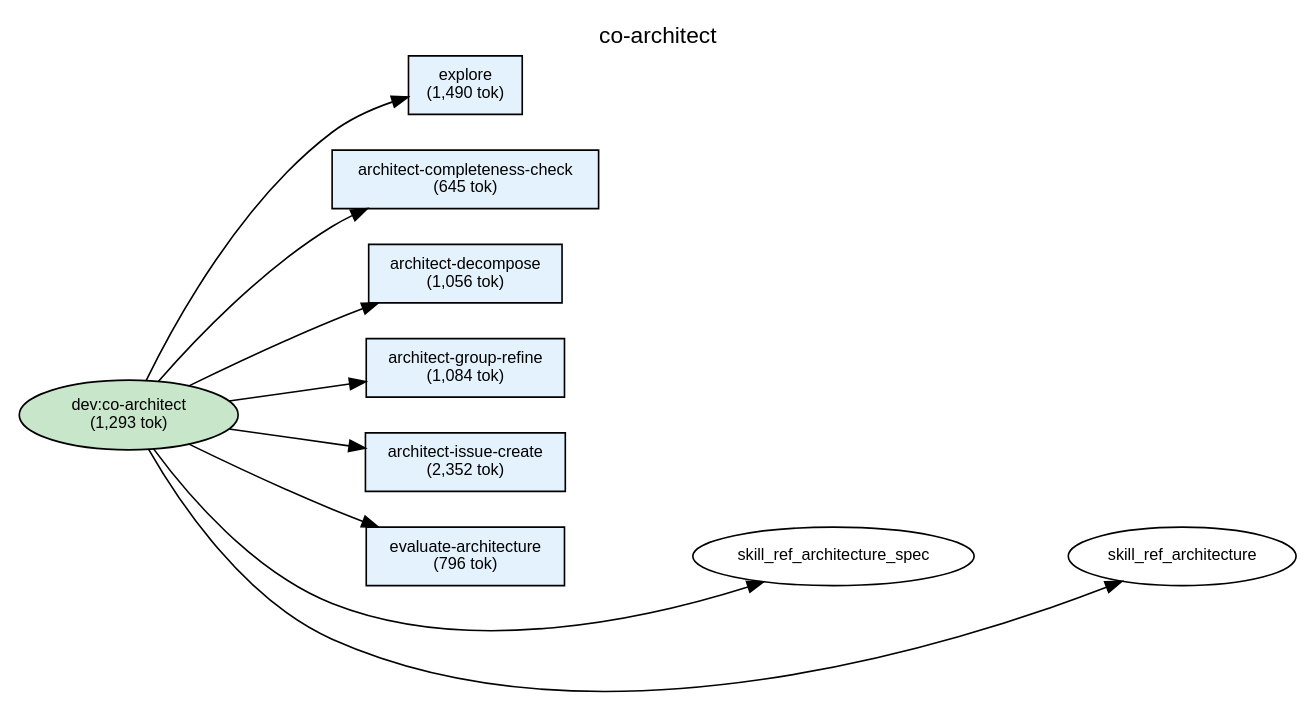
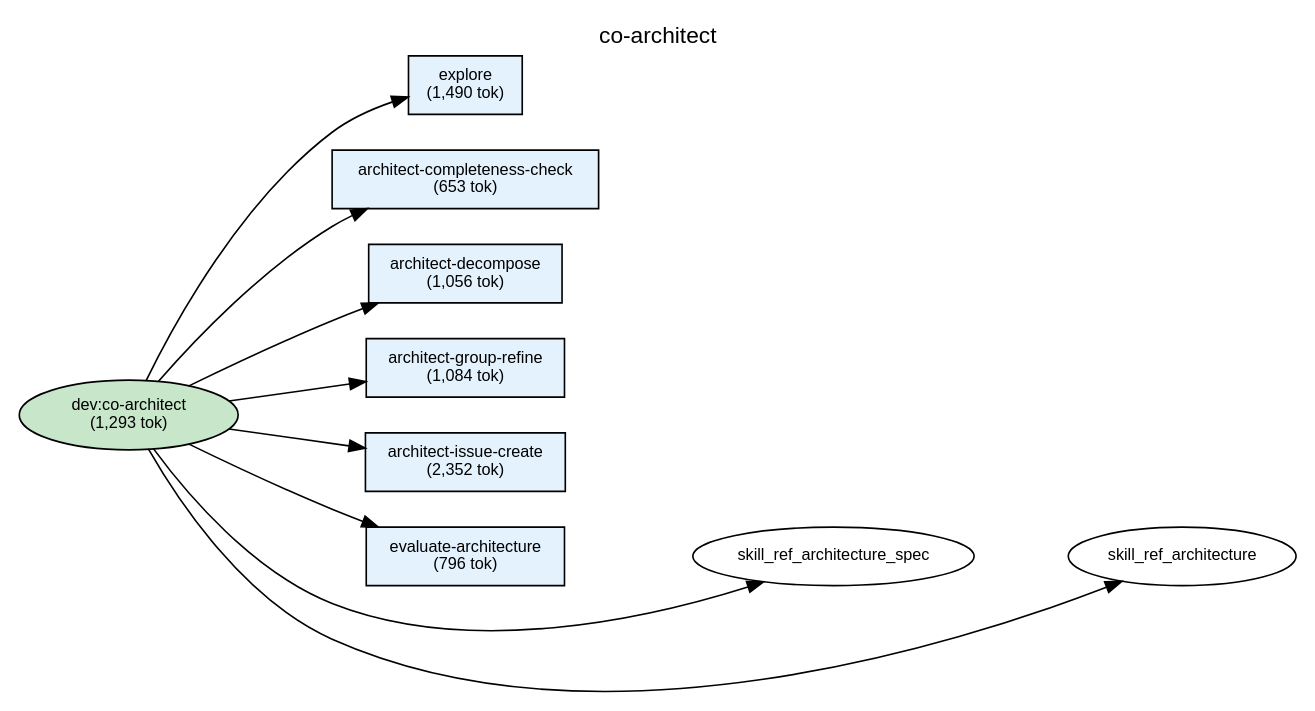
Before and after one commit to shuu5/twill: the diagram in plugins/dev/docs/deps-co-architect.dot, drawn with Graphviz. The commit also changed 13 other files, not shown here.

```diff
--- a/plugins/dev/docs/deps-co-architect.dot
+++ b/plugins/dev/docs/deps-co-architect.dot
@@ -1,61 +1,61 @@
 digraph Dependencies {
     // Graph settings
     rankdir=LR;
     ranksep=0.8;
     nodesep=0.3;
     fontname="Helvetica";
     node [fontname="Helvetica", fontsize=10];
     edge [fontname="Helvetica", fontsize=9];
     label="co-architect";
     labelloc=t;
     fontsize=14;
 
     // L0: Controller Skills
     skill_co_architect [label="dev:co-architect\n(1,293 tok)", shape=ellipse, style=filled, fillcolor="#c8e6c9"];
 
     // L0: Launchers
 
     // L0.5: Workflow Skills
 
     // Reference Skills
 
     // L1: Direct Commands
-    cmd_architect_completeness_check [label="architect-completeness-check\n(645 tok)", shape=box, style=filled, fillcolor="#e3f2fd"];
+    cmd_architect_completeness_check [label="architect-completeness-check\n(653 tok)", shape=box, style=filled, fillcolor="#e3f2fd"];
     cmd_architect_decompose [label="architect-decompose\n(1,056 tok)", shape=box, style=filled, fillcolor="#e3f2fd"];
     cmd_architect_group_refine [label="architect-group-refine\n(1,084 tok)", shape=box, style=filled, fillcolor="#e3f2fd"];
     cmd_architect_issue_create [label="architect-issue-create\n(2,352 tok)", shape=box, style=filled, fillcolor="#e3f2fd"];
     cmd_evaluate_architecture [label="evaluate-architecture\n(796 tok)", shape=box, style=filled, fillcolor="#e3f2fd"];
     cmd_explore [label="explore\n(1,490 tok)", shape=box, style=filled, fillcolor="#e3f2fd"];
 
     // L2: Sub Commands
 
     // L3: Agents
 
     // L3.5: Scripts
 
     // L4: External
 
     // Layer constraints
     { rank=same; skill_co_architect; }
     { rank=same; cmd_architect_completeness_check; cmd_architect_decompose; cmd_architect_group_refine; cmd_architect_issue_create; cmd_evaluate_architecture; cmd_explore; }
 
     // Edges
     skill_co_architect -> cmd_explore;
     skill_co_architect -> cmd_architect_completeness_check;
     skill_co_architect -> cmd_architect_decompose;
     skill_co_architect -> cmd_architect_group_refine;
     skill_co_architect -> cmd_architect_issue_create;
     skill_co_architect -> cmd_evaluate_architecture;
     skill_co_architect -> skill_ref_architecture_spec;
     skill_co_architect -> skill_ref_architecture;
 
     // Ordering constraints (invisible edges)
     cmd_explore -> cmd_architect_completeness_check [style=invis, weight=10];
     cmd_architect_completeness_check -> cmd_architect_decompose [style=invis, weight=10];
     cmd_architect_decompose -> cmd_architect_group_refine [style=invis, weight=10];
     cmd_architect_group_refine -> cmd_architect_issue_create [style=invis, weight=10];
     cmd_architect_issue_create -> cmd_evaluate_architecture [style=invis, weight=10];
     cmd_evaluate_architecture -> skill_ref_architecture_spec [style=invis, weight=10];
     skill_ref_architecture_spec -> skill_ref_architecture [style=invis, weight=10];
 
 }
```
